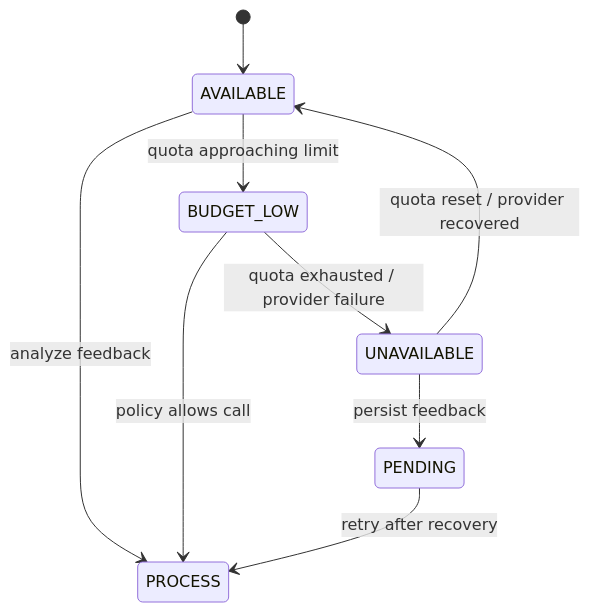
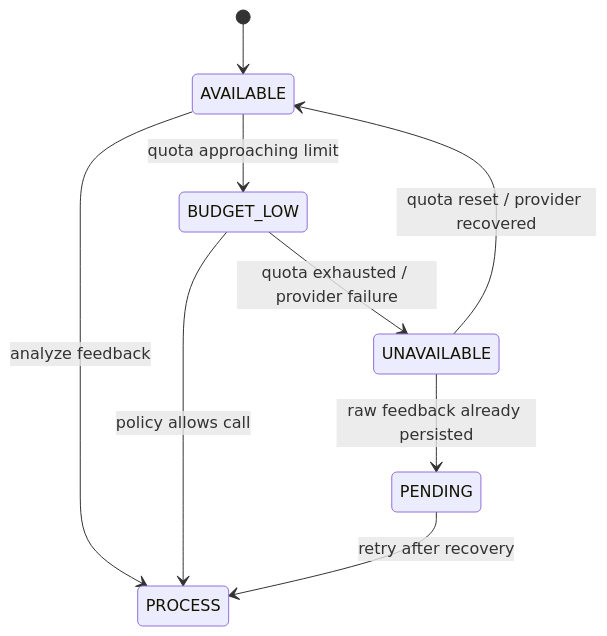
The fifth of 6 diagrams in docs/architecture.md (LukshinVI/game-of-the-day), drawn with Mermaid before and after one commit. The commit also changed other lines of this file, not shown here.

Commit message:
docs: update production feedback architecture

````diff
--- a/docs/architecture.md
+++ b/docs/architecture.md
@@ -247,12 +287,12 @@
 ```mermaid
 stateDiagram-v2
     [*] --> AVAILABLE
     AVAILABLE --> BUDGET_LOW: quota approaching limit
     BUDGET_LOW --> UNAVAILABLE: quota exhausted / provider failure
     UNAVAILABLE --> AVAILABLE: quota reset / provider recovered
 
     AVAILABLE --> PROCESS: analyze feedback
     BUDGET_LOW --> PROCESS: policy allows call
-    UNAVAILABLE --> PENDING: persist feedback
+    UNAVAILABLE --> PENDING: raw feedback already persisted
     PENDING --> PROCESS: retry after recovery
 ```
````
